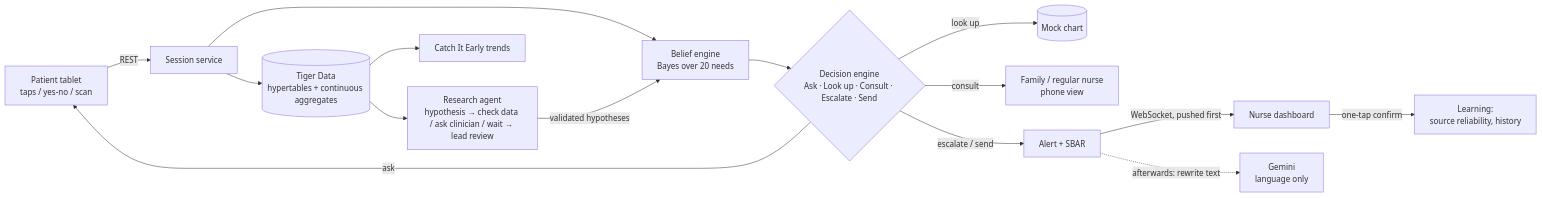
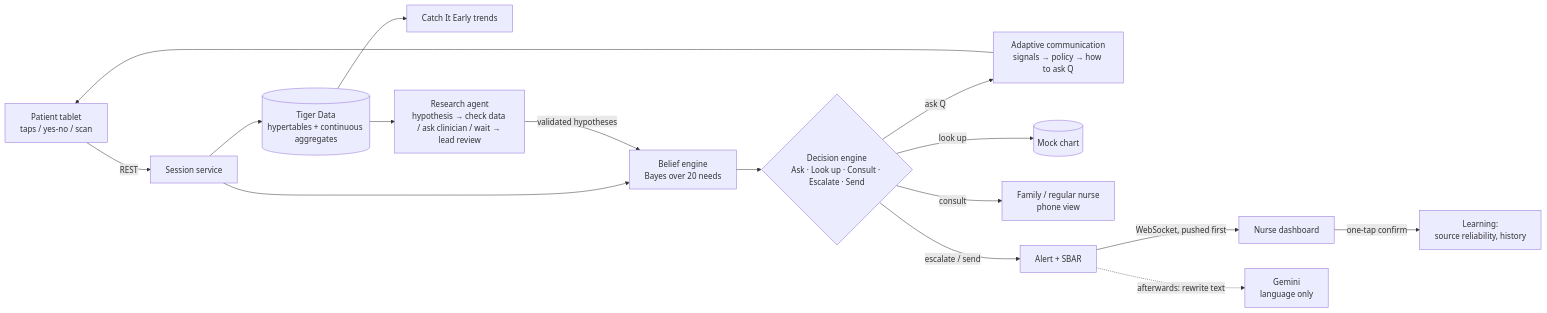
One commit to nidhi-subrah/MediCue changed the diagram in README.md. Above: the diagram before and after it, drawn with Mermaid. The commit also changed other lines of this file and 81 other files, not shown here.

First line of the commit message:
MediCue: Adaptive Communication Engine, and the rename from SilentSignal

````diff
--- a/README.md
+++ b/README.md
@@ -29,17 +32,18 @@
 ```mermaid
 flowchart LR
   P[Patient tablet<br/>taps / yes-no / scan] -->|REST| S[Session service]
   S --> B[Belief engine<br/>Bayes over 20 needs]
   B --> D{Decision engine<br/>Ask · Look up · Consult · Escalate · Send}
-  D -->|ask| P
+  D -->|ask Q| AC[Adaptive communication<br/>signals → policy → how to ask Q]
+  AC --> P
   D -->|look up| C[(Mock chart)]
   D -->|consult| F[Family / regular nurse<br/>phone view]
   D -->|escalate / send| A[Alert + SBAR]
   A -->|WebSocket, pushed first| N[Nurse dashboard]
   A -.->|afterwards: rewrite text| G[Gemini<br/>language only]
   N -->|one-tap confirm| L[Learning:<br/>source reliability, history]
   S --> T[(Tiger Data<br/>hypertables + continuous aggregates)]
   T --> K[Catch It Early trends]
   T --> R[Research agent<br/>hypothesis → check data / ask clinician / wait → lead review]
   R -->|validated hypotheses| B
 ```
````
